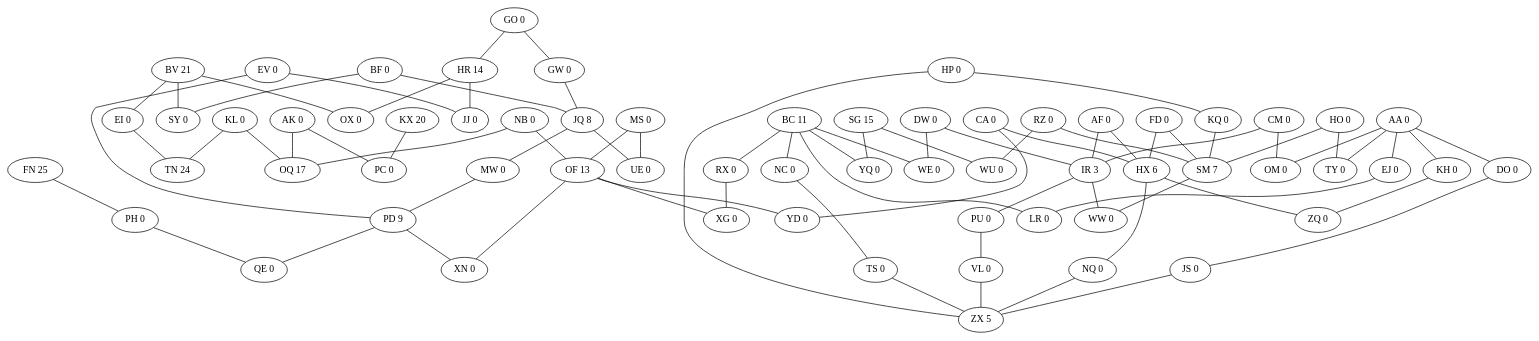
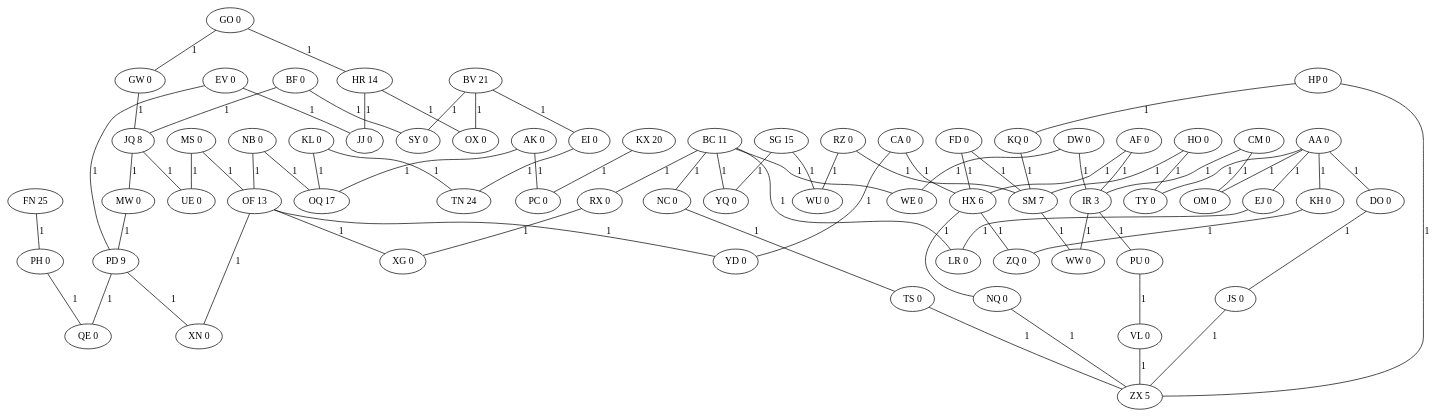
One commit to mvidner/adventofcode changed the diagram in 2022/16/input.txt.dot. Above: the diagram before and after it, drawn with Graphviz. The commit also changed 2 other files, not shown here.

```diff
--- a/2022/16/input.txt.dot
+++ b/2022/16/input.txt.dot
@@ -1,141 +1,141 @@
 graph g {
   OQ[label="OQ 17"];
   HP[label="HP 0"];
-    HP -- ZX;
-    HP -- KQ;
+    HP -- ZX [label="1"];
+    HP -- KQ [label="1"];
   GO[label="GO 0"];
-    GO -- HR;
-    GO -- GW;
+    GO -- HR [label="1"];
+    GO -- GW [label="1"];
   PD[label="PD 9"];
-    PD -- XN;
-    PD -- QE;
+    PD -- XN [label="1"];
+    PD -- QE [label="1"];
   NQ[label="NQ 0"];
-    NQ -- ZX;
+    NQ -- ZX [label="1"];
   DW[label="DW 0"];
-    DW -- IR;
-    DW -- WE;
+    DW -- IR [label="1"];
+    DW -- WE [label="1"];
   TN[label="TN 24"];
   JJ[label="JJ 0"];
   KH[label="KH 0"];
-    KH -- ZQ;
+    KH -- ZQ [label="1"];
   PH[label="PH 0"];
-    PH -- QE;
+    PH -- QE [label="1"];
   FD[label="FD 0"];
-    FD -- SM;
-    FD -- HX;
+    FD -- SM [label="1"];
+    FD -- HX [label="1"];
   SM[label="SM 7"];
-    SM -- WW;
+    SM -- WW [label="1"];
   PU[label="PU 0"];
-    PU -- VL;
+    PU -- VL [label="1"];
   OM[label="OM 0"];
   KX[label="KX 20"];
-    KX -- PC;
+    KX -- PC [label="1"];
   IR[label="IR 3"];
-    IR -- PU;
-    IR -- WW;
+    IR -- PU [label="1"];
+    IR -- WW [label="1"];
   XG[label="XG 0"];
   QE[label="QE 0"];
   GW[label="GW 0"];
-    GW -- JQ;
+    GW -- JQ [label="1"];
   HO[label="HO 0"];
-    HO -- SM;
-    HO -- TY;
+    HO -- SM [label="1"];
+    HO -- TY [label="1"];
   WU[label="WU 0"];
   MS[label="MS 0"];
-    MS -- UE;
-    MS -- OF;
+    MS -- UE [label="1"];
+    MS -- OF [label="1"];
   JS[label="JS 0"];
-    JS -- ZX;
+    JS -- ZX [label="1"];
   YQ[label="YQ 0"];
   EJ[label="EJ 0"];
-    EJ -- LR;
+    EJ -- LR [label="1"];
   EI[label="EI 0"];
-    EI -- TN;
+    EI -- TN [label="1"];
   NC[label="NC 0"];
-    NC -- TS;
+    NC -- TS [label="1"];
   AF[label="AF 0"];
-    AF -- IR;
-    AF -- HX;
+    AF -- IR [label="1"];
+    AF -- HX [label="1"];
   OX[label="OX 0"];
   BF[label="BF 0"];
-    BF -- JQ;
-    BF -- SY;
+    BF -- JQ [label="1"];
+    BF -- SY [label="1"];
   CA[label="CA 0"];
-    CA -- YD;
-    CA -- HX;
+    CA -- YD [label="1"];
+    CA -- HX [label="1"];
   KQ[label="KQ 0"];
-    KQ -- SM;
+    KQ -- SM [label="1"];
   NB[label="NB 0"];
-    NB -- OQ;
-    NB -- OF;
+    NB -- OQ [label="1"];
+    NB -- OF [label="1"];
   SY[label="SY 0"];
   AA[label="AA 0"];
-    AA -- KH;
-    AA -- EJ;
-    AA -- OM;
-    AA -- TY;
-    AA -- DO;
+    AA -- KH [label="1"];
+    AA -- EJ [label="1"];
+    AA -- OM [label="1"];
+    AA -- TY [label="1"];
+    AA -- DO [label="1"];
   BC[label="BC 11"];
-    BC -- WE;
-    BC -- RX;
-    BC -- YQ;
-    BC -- LR;
-    BC -- NC;
+    BC -- WE [label="1"];
+    BC -- RX [label="1"];
+    BC -- YQ [label="1"];
+    BC -- LR [label="1"];
+    BC -- NC [label="1"];
   HR[label="HR 14"];
-    HR -- OX;
-    HR -- JJ;
+    HR -- OX [label="1"];
+    HR -- JJ [label="1"];
   WE[label="WE 0"];
   MW[label="MW 0"];
-    MW -- PD;
+    MW -- PD [label="1"];
   DO[label="DO 0"];
-    DO -- JS;
+    DO -- JS [label="1"];
   PC[label="PC 0"];
   YD[label="YD 0"];
   RX[label="RX 0"];
-    RX -- XG;
+    RX -- XG [label="1"];
   CM[label="CM 0"];
-    CM -- IR;
-    CM -- OM;
+    CM -- IR [label="1"];
+    CM -- OM [label="1"];
   HX[label="HX 6"];
-    HX -- ZQ;
-    HX -- NQ;
+    HX -- ZQ [label="1"];
+    HX -- NQ [label="1"];
   ZQ[label="ZQ 0"];
   BV[label="BV 21"];
-    BV -- SY;
-    BV -- OX;
-    BV -- EI;
+    BV -- SY [label="1"];
+    BV -- OX [label="1"];
+    BV -- EI [label="1"];
   AK[label="AK 0"];
-    AK -- PC;
-    AK -- OQ;
+    AK -- PC [label="1"];
+    AK -- OQ [label="1"];
   UE[label="UE 0"];
   LR[label="LR 0"];
   JQ[label="JQ 8"];
-    JQ -- MW;
-    JQ -- UE;
+    JQ -- MW [label="1"];
+    JQ -- UE [label="1"];
   VL[label="VL 0"];
-    VL -- ZX;
+    VL -- ZX [label="1"];
   EV[label="EV 0"];
-    EV -- JJ;
-    EV -- PD;
+    EV -- JJ [label="1"];
+    EV -- PD [label="1"];
   TS[label="TS 0"];
-    TS -- ZX;
+    TS -- ZX [label="1"];
   RZ[label="RZ 0"];
-    RZ -- SM;
-    RZ -- WU;
+    RZ -- SM [label="1"];
+    RZ -- WU [label="1"];
   OF[label="OF 13"];
-    OF -- XG;
-    OF -- YD;
-    OF -- XN;
+    OF -- XG [label="1"];
+    OF -- YD [label="1"];
+    OF -- XN [label="1"];
   WW[label="WW 0"];
   TY[label="TY 0"];
   XN[label="XN 0"];
   SG[label="SG 15"];
-    SG -- WU;
-    SG -- YQ;
+    SG -- WU [label="1"];
+    SG -- YQ [label="1"];
   FN[label="FN 25"];
-    FN -- PH;
+    FN -- PH [label="1"];
   KL[label="KL 0"];
-    KL -- TN;
-    KL -- OQ;
+    KL -- TN [label="1"];
+    KL -- OQ [label="1"];
   ZX[label="ZX 5"];
 }
```
